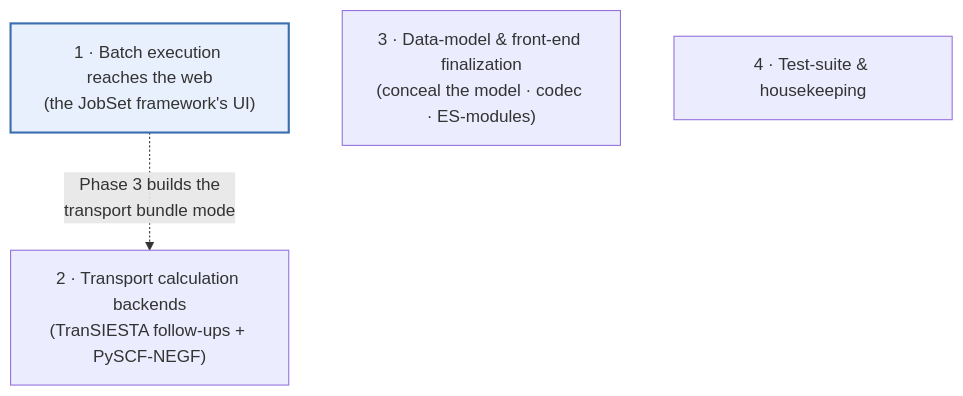
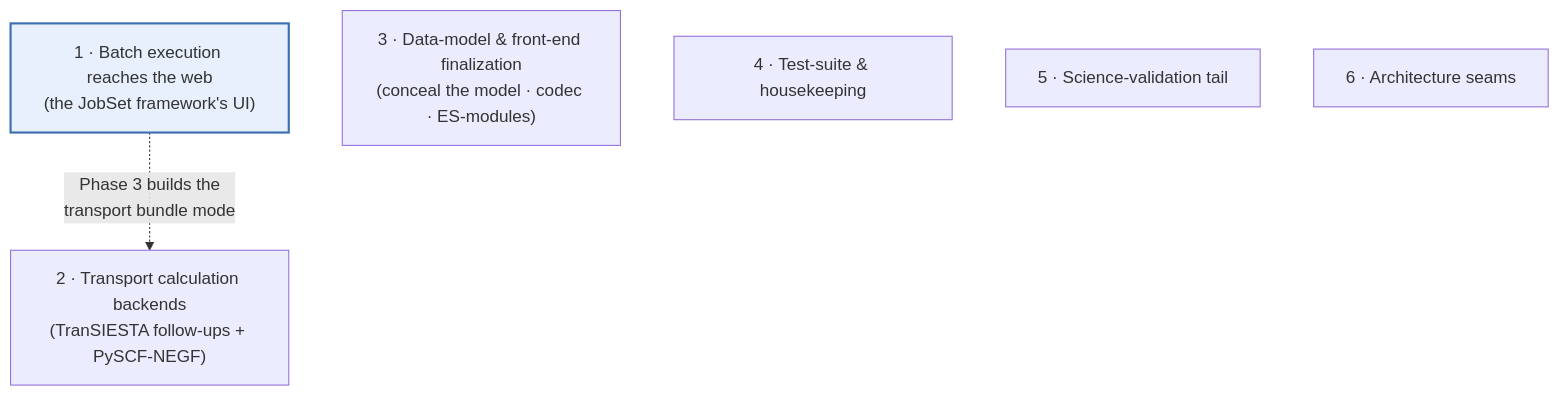
One commit to Qing-LAB/molbuilder changed the first of 2 diagrams in docs/roadmap.md. Above: the diagram before and after it, drawn with Mermaid. The commit also changed other lines of this file, not shown here.

````diff
--- a/docs/roadmap.md
+++ b/docs/roadmap.md
@@ -34,11 +36,13 @@
 ```mermaid
 flowchart TD
     W1["1 · Batch execution reaches the web<br/>(the JobSet framework's UI)"]:::active
     W2["2 · Transport calculation backends<br/>(TranSIESTA follow-ups + PySCF-NEGF)"]
     W3["3 · Data-model & front-end finalization<br/>(conceal the model · codec · ES-modules)"]
     W4["4 · Test-suite & housekeeping"]
+    W5["5 · Science-validation tail"]
+    W6["6 · Architecture seams"]
 
     W1 -. "Phase 3 builds the<br/>transport bundle mode" .-> W2
 
     classDef active fill:#e8f0fe,stroke:#3b6fb0,stroke-width:2px;
 ```
````
